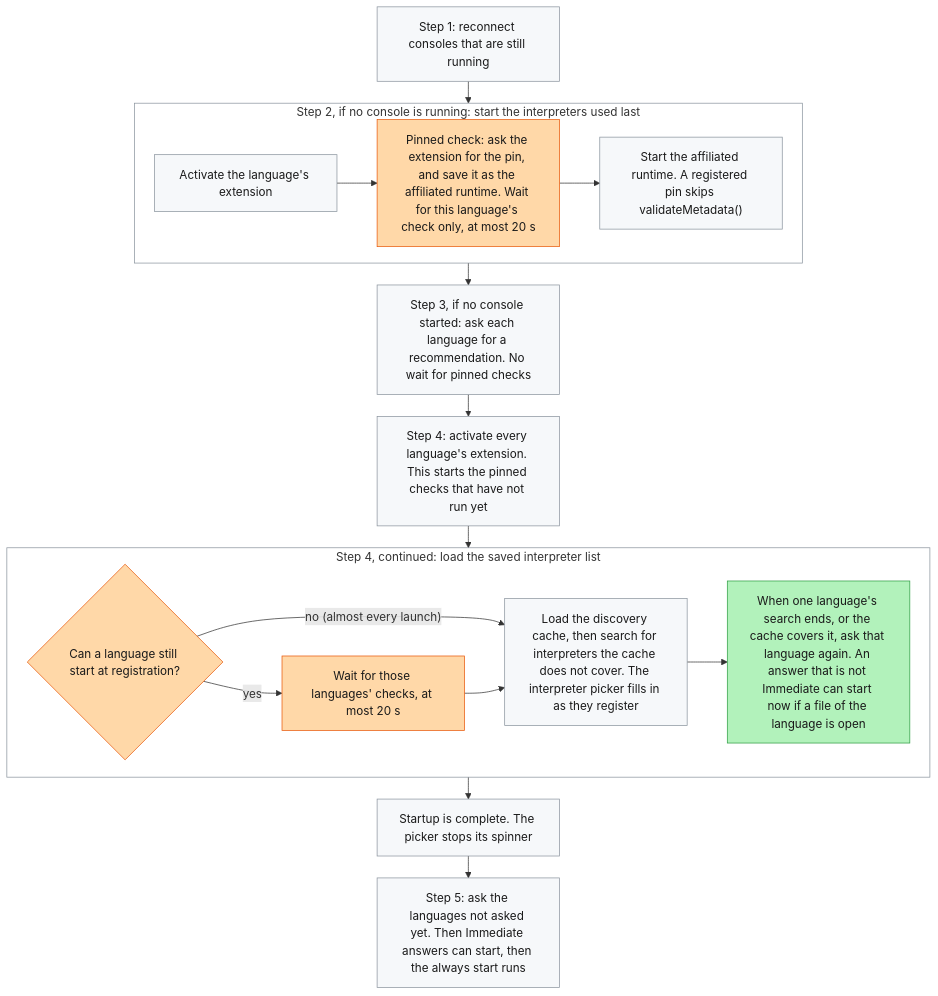
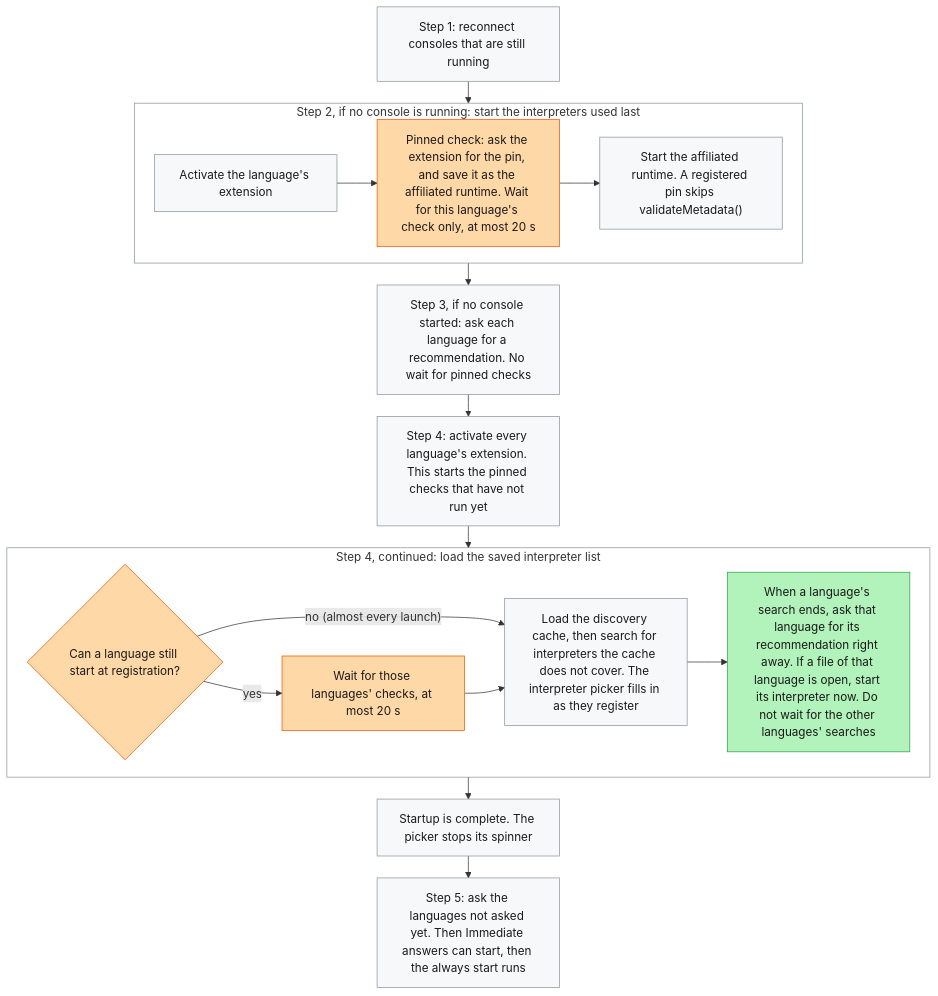
Before and after one commit to posit-dev/positron: the first of 3 diagrams in plans/2659-how-it-works.md, drawn with Mermaid.

Commit message:
Clarify the early ask in the startup flowchart

````diff
--- a/plans/2659-how-it-works.md
+++ b/plans/2659-how-it-works.md
@@ -36,42 +36,42 @@
 ```mermaid
 %%{init: {"flowchart": {"rankSpacing": 30, "nodeSpacing": 25, "wrappingWidth": 190}}}%%
 flowchart TD
     classDef pin fill:#ffd8a8,stroke:#e8590c,color:#1a1a1a
     classDef open fill:#b2f2bb,stroke:#2f9e44,color:#1a1a1a
     classDef same fill:#f6f8fa,stroke:#8c959f,color:#1a1a1a
 
     S1["Step 1: reconnect consoles that are still running"]:::same
 
     subgraph step2 ["Step 2, if no console is running: start the interpreters used last"]
         A2["Activate the language's extension"]:::same
         P2["Pinned check: ask the extension for the pin, and save it as the affiliated runtime. Wait for this language's check only, at most 20 s"]:::pin
         B2["Start the affiliated runtime. A registered pin skips validateMetadata()"]:::same
         A2 --> P2 --> B2
     end
 
     S3["Step 3, if no console started: ask each language for a recommendation. No wait for pinned checks"]:::same
 
     A4["Step 4: activate every language's extension. This starts the pinned checks that have not run yet"]:::same
 
     subgraph step4 ["Step 4, continued: load the saved interpreter list"]
         Q4{"Can a language still start at registration?"}:::pin
         W4["Wait for those languages' checks, at most 20 s"]:::pin
         L4["Load the discovery cache, then search for interpreters the cache does not cover. The interpreter picker fills in as they register"]:::same
-        D4["When one language's search ends, or the cache covers it, ask that language again. An answer that is not Immediate can start now if a file of the language is open"]:::open
+        D4["When a language's search ends, ask that language for its recommendation right away. If a file of that language is open, start its interpreter now. Do not wait for the other languages' searches"]:::open
         Q4 -- "no (almost every launch)" --> L4
         Q4 -- "yes" --> W4 --> L4
         L4 --> D4
     end
 
     C["Startup is complete. The picker stops its spinner"]:::same
     S5["Step 5: ask the languages not asked yet. Then Immediate answers can start, then the always start runs"]:::same
 
     S1 --> step2
     step2 --> S3
     S3 --> A4
     A4 --> step4
     step4 --> C --> S5
 
     style step2 fill:none,stroke:#8c959f
     style step4 fill:none,stroke:#8c959f
 ```
````
